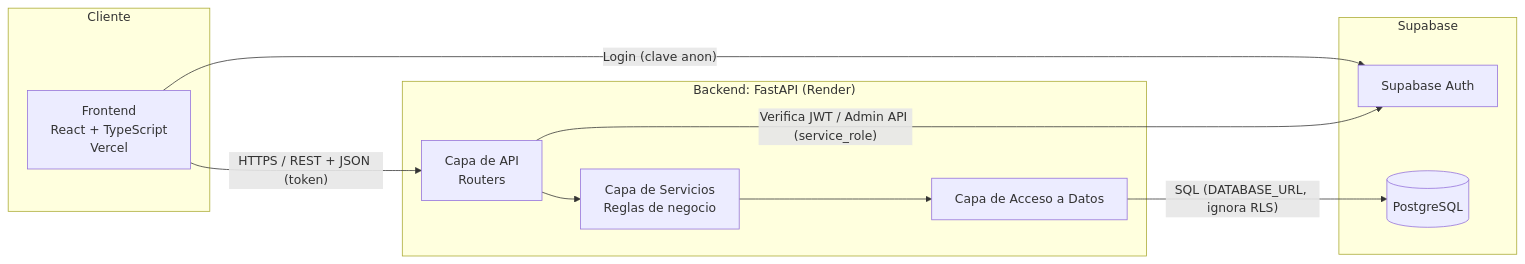
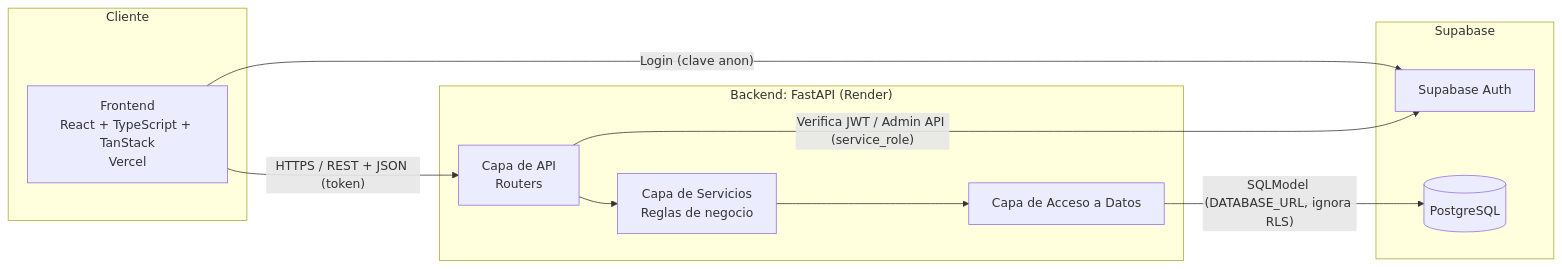
Before and after one commit to nicolaspannunzio/TRABAJO-FINAL-UTN-OLIMA-PANNUNZIO: the diagram in docs/arquitectura.md, drawn with Mermaid. The commit also changed other lines of this file and 1 other file, not shown here.

````diff
--- a/docs/arquitectura.md
+++ b/docs/arquitectura.md
@@ -40,23 +40,23 @@
 ```mermaid
 flowchart LR
     subgraph Cliente
-        FE["Frontend<br/>React + TypeScript<br/>Vercel"]
+        FE["Frontend<br/>React + TypeScript + TanStack<br/>Vercel"]
     end
 
     subgraph Backend["Backend: FastAPI (Render)"]
         R["Capa de API<br/>Routers"]
         S["Capa de Servicios<br/>Reglas de negocio"]
         D["Capa de Acceso a Datos"]
         R --> S --> D
     end
 
     subgraph Supabase
         AUTH["Supabase Auth"]
         DB[("PostgreSQL")]
     end
 
     FE -- "HTTPS / REST + JSON (token)" --> R
     FE -- "Login (clave anon)" --> AUTH
     R -- "Verifica JWT / Admin API (service_role)" --> AUTH
-    D -- "SQL (DATABASE_URL, ignora RLS)" --> DB
+    D -- "SQLModel (DATABASE_URL, ignora RLS)" --> DB
 ```
````
